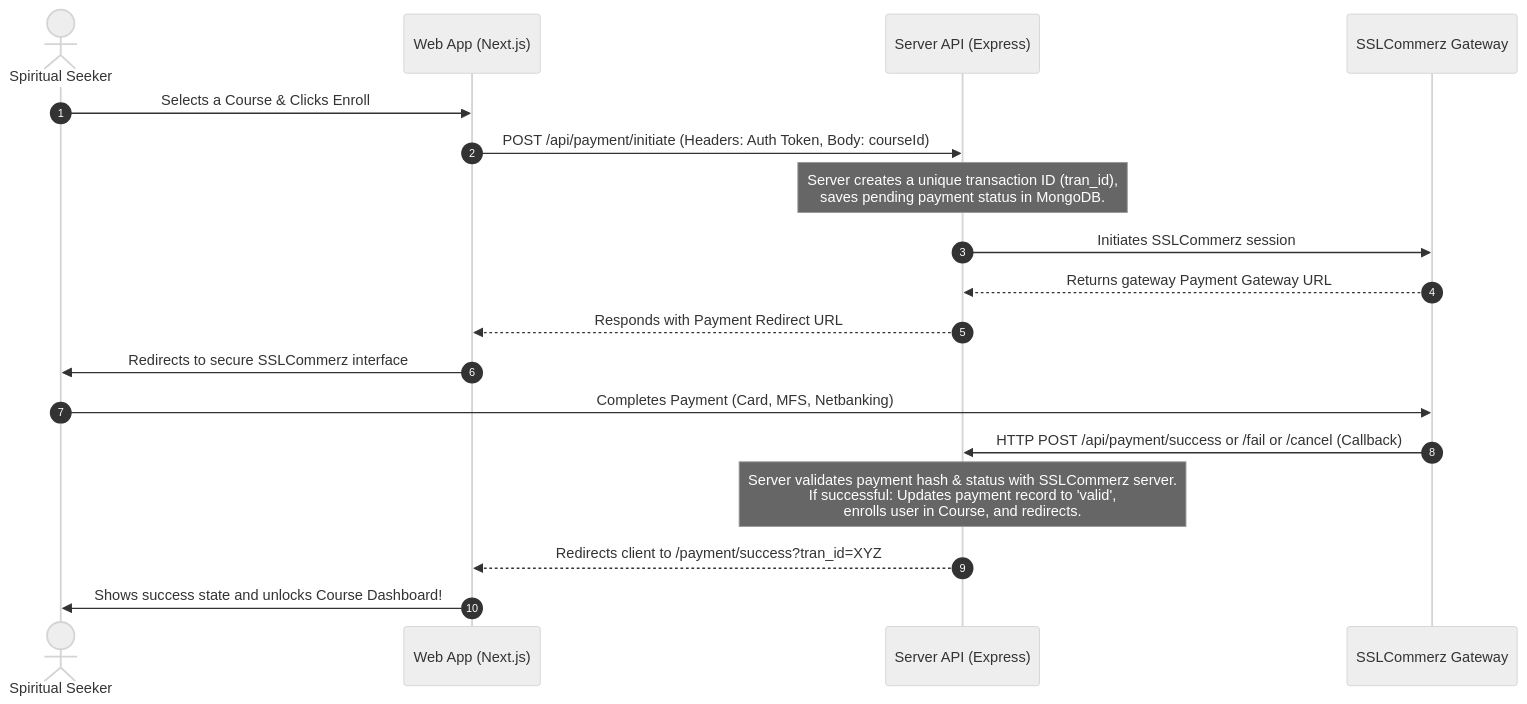
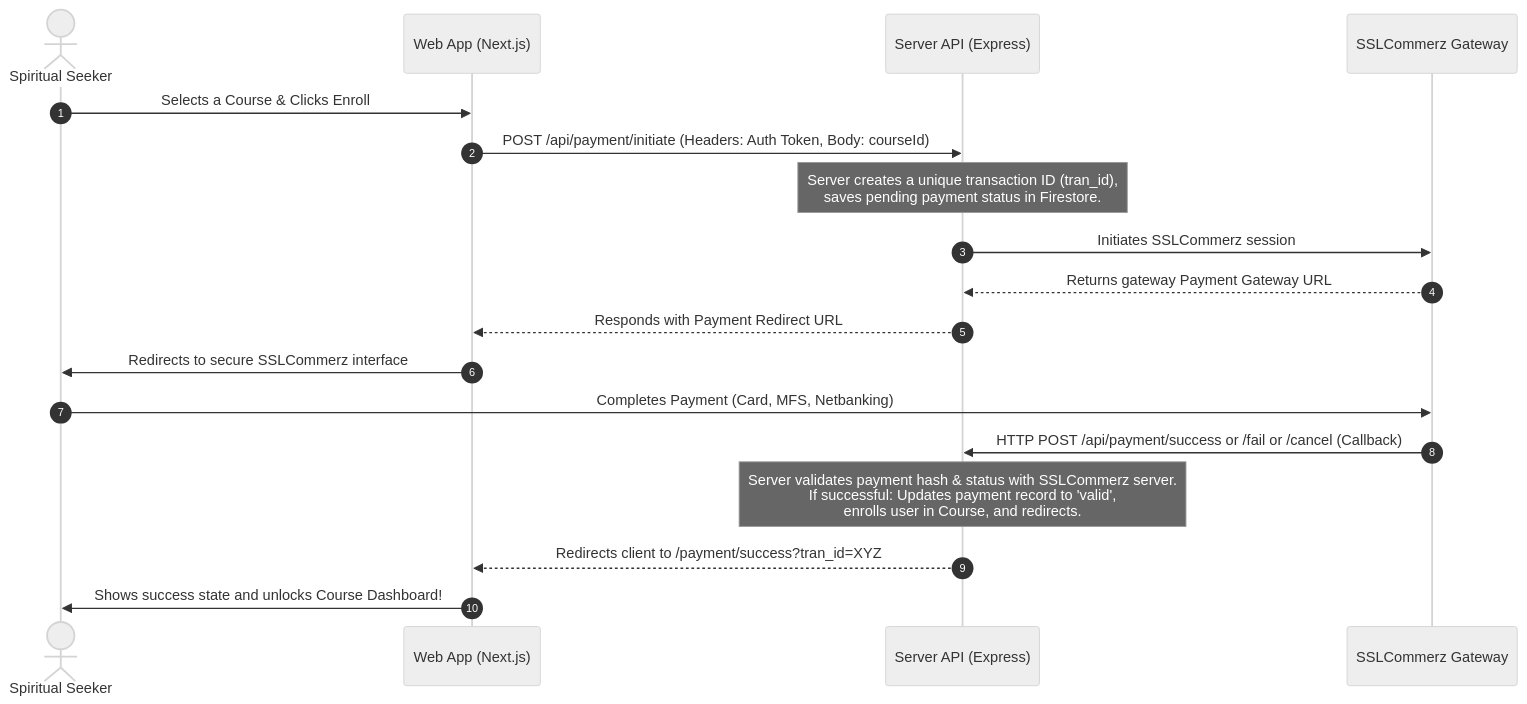
One commit to Sumyta-Bentey-Habib/path-to-peace changed the diagram in README.md. Above: the diagram before and after it, drawn with Mermaid (neutral theme). The commit also changed other lines of this file, not shown here.

Commit message:
chore: migrate database from MongoDB to Cloud Firestore and update documentation accordingly

````diff
--- a/README.md
+++ b/README.md
@@ -187,21 +209,21 @@
 ```mermaid
 sequenceDiagram
     autonumber
     actor Seeker as Spiritual Seeker
     participant Web as Web App (Next.js)
     participant Server as Server API (Express)
     participant SSL as SSLCommerz Gateway
 
     Seeker->>Web: Selects a Course & Clicks Enroll
     Web->>Server: POST /api/payment/initiate (Headers: Auth Token, Body: courseId)
-    Note over Server: Server creates a unique transaction ID (tran_id),<br/>saves pending payment status in MongoDB.
+    Note over Server: Server creates a unique transaction ID (tran_id),<br/>saves pending payment status in Firestore.
     Server->>SSL: Initiates SSLCommerz session
     SSL-->>Server: Returns gateway Payment Gateway URL
     Server-->>Web: Responds with Payment Redirect URL
     Web->>Seeker: Redirects to secure SSLCommerz interface
     Seeker->>SSL: Completes Payment (Card, MFS, Netbanking)
     SSL->>Server: HTTP POST /api/payment/success or /fail or /cancel (Callback)
     Note over Server: Server validates payment hash & status with SSLCommerz server.<br/>If successful: Updates payment record to 'valid',<br/>enrolls user in Course, and redirects.
     Server-->>Web: Redirects client to /payment/success?tran_id=XYZ
     Web->>Seeker: Shows success state and unlocks Course Dashboard!
 ```
````
